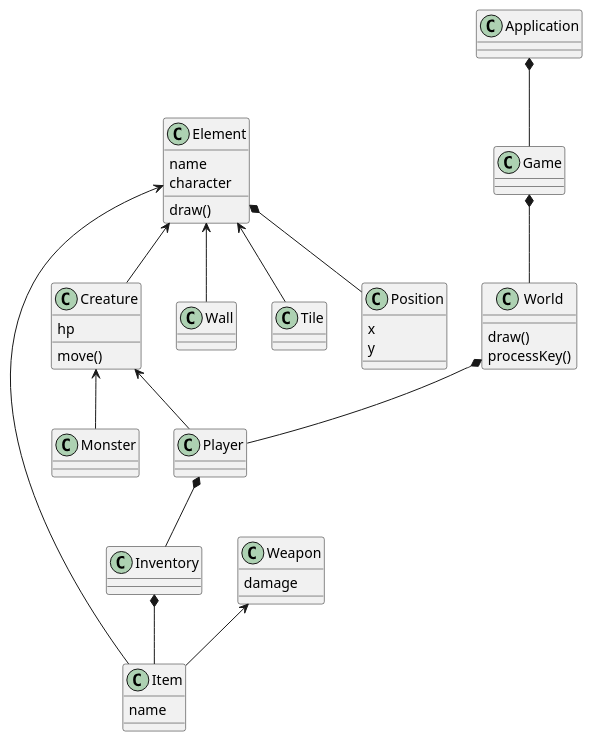
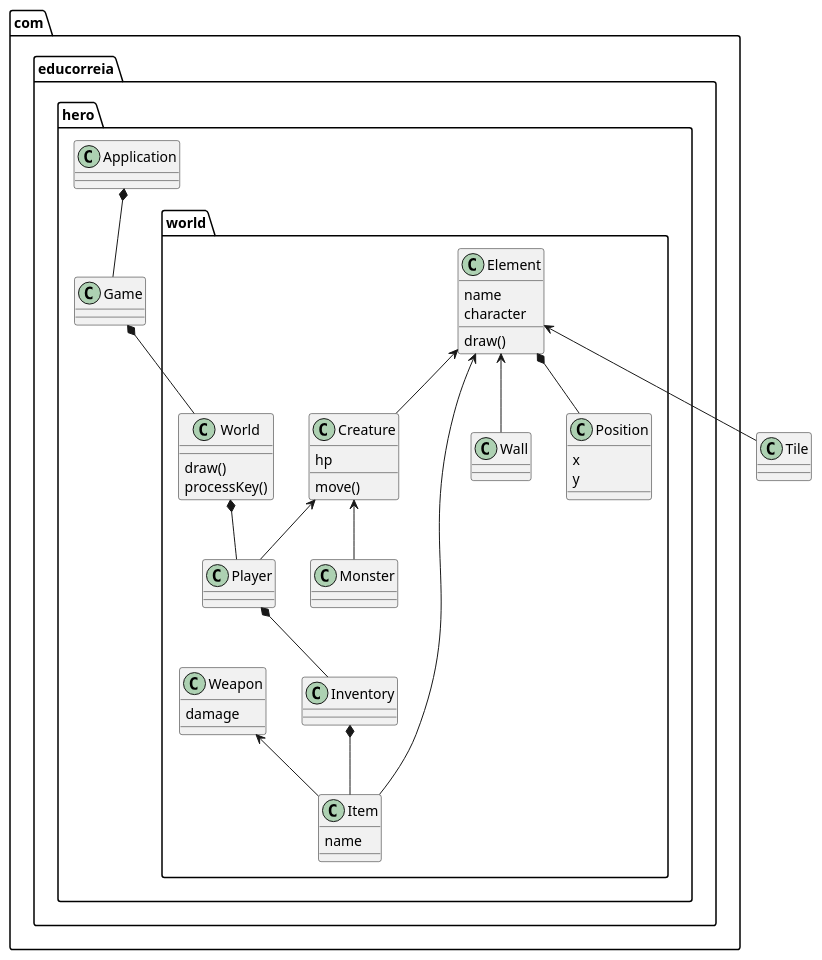
The diagram in uml.puml (Educorreia932/FEUP-LPOO), drawn with PlantUML before and after one commit. The commit also changed 14 other files, not shown here.

```diff
--- a/uml.puml
+++ b/uml.puml
@@ -1,55 +1,55 @@
 @startuml hero
 
-class World {
+class com.educorreia.hero.world.World {
     draw()
     processKey()
 }
 
-class Position {
+class com.educorreia.hero.world.Position {
     x
     y
 }
 
-class Element {
+class com.educorreia.hero.world.Element {
     name
     character
 
     draw()
 }
 
-class Creature {
+class com.educorreia.hero.world.Creature {
     hp 
     
     move()
 }
 
-class Weapon {
+class com.educorreia.hero.world.Weapon {
     damage
 }
 
-class Item {
+class com.educorreia.hero.world.Item {
     name
 }
 
-Application *-- Game
+com.educorreia.hero.Application *-- com.educorreia.hero.Game
 
-Game *-- World
+com.educorreia.hero.Game *-- com.educorreia.hero.world.World
 
-World *-- Player
+com.educorreia.hero.world.World *-- com.educorreia.hero.world.Player
 
-Element <-- Creature
-Element <-- Item
-Element <-- Wall
-Element <-- Tile
-Element *-- Position
+com.educorreia.hero.world.Element <-- com.educorreia.hero.world.Creature
+com.educorreia.hero.world.Element <-- com.educorreia.hero.world.Item
+com.educorreia.hero.world.Element <-- com.educorreia.hero.world.Wall
+com.educorreia.hero.world.Element <-- Tile
+com.educorreia.hero.world.Element *-- com.educorreia.hero.world.Position
 
-Creature <-- Player
-Creature <-- Monster
+com.educorreia.hero.world.Creature <-- com.educorreia.hero.world.Player
+com.educorreia.hero.world.Creature <-- com.educorreia.hero.world.Monster
 
-Player *-- Inventory
+com.educorreia.hero.world.Player *-- com.educorreia.hero.world.Inventory
 
-Inventory *-- Item
+com.educorreia.hero.world.Inventory *-- com.educorreia.hero.world.Item
 
-Weapon <-- Item
+com.educorreia.hero.world.Weapon <-- com.educorreia.hero.world.Item
 
 @enduml
```
